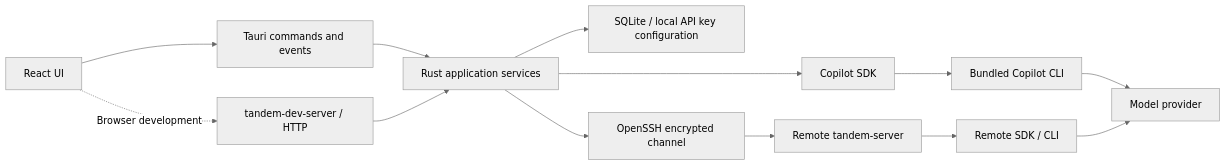
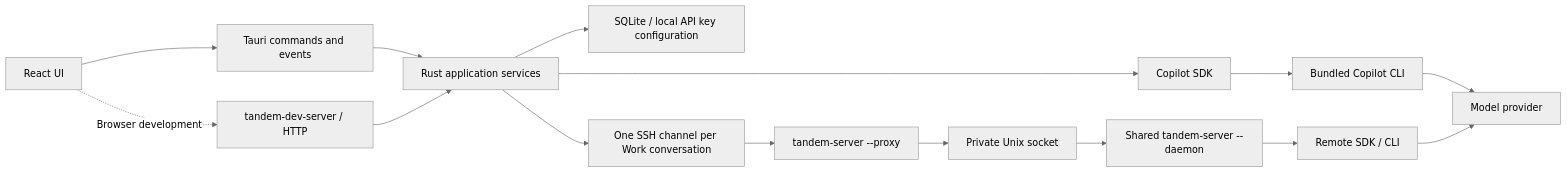
Before and after one commit to caibirdme/Tandem: the diagram in docs/architecture.md, drawn with Mermaid (neutral theme). The commit also changed other lines of this file and 26 other files, not shown here.

Commit message:
Share remote Copilot runtime through Unix daemon proxies (#18)

````diff
--- a/docs/architecture.md
+++ b/docs/architecture.md
@@ -9,15 +9,17 @@
 ```mermaid
 flowchart LR
   UI[React UI] --> IPC[Tauri commands and events]
   IPC --> Core[Rust application services]
   UI -. Browser development .-> Dev[tandem-dev-server / HTTP]
   Dev --> Core
   Core --> Store[SQLite / local API key configuration]
   Core --> SDK[Copilot SDK]
   SDK --> CLI[Bundled Copilot CLI]
-  Core --> SSH[OpenSSH encrypted channel]
-  SSH --> Remote[Remote tandem-server]
+  Core --> SSH[One SSH channel per Work conversation]
+  SSH --> Proxy[tandem-server --proxy]
+  Proxy --> Socket[Private Unix socket]
+  Socket --> Remote[Shared tandem-server --daemon]
   Remote --> RemoteSDK[Remote SDK / CLI]
   CLI --> Provider[Model provider]
   RemoteSDK --> Provider
 ```
````
